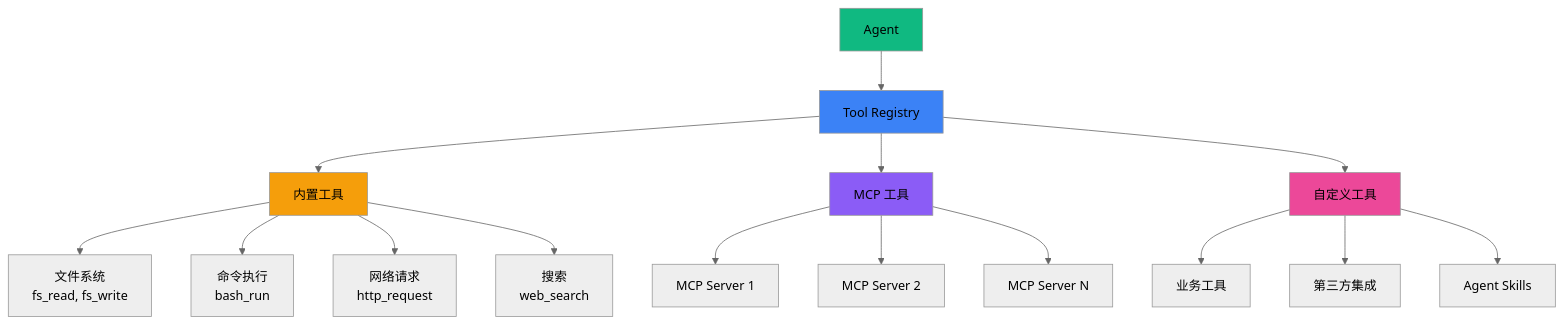
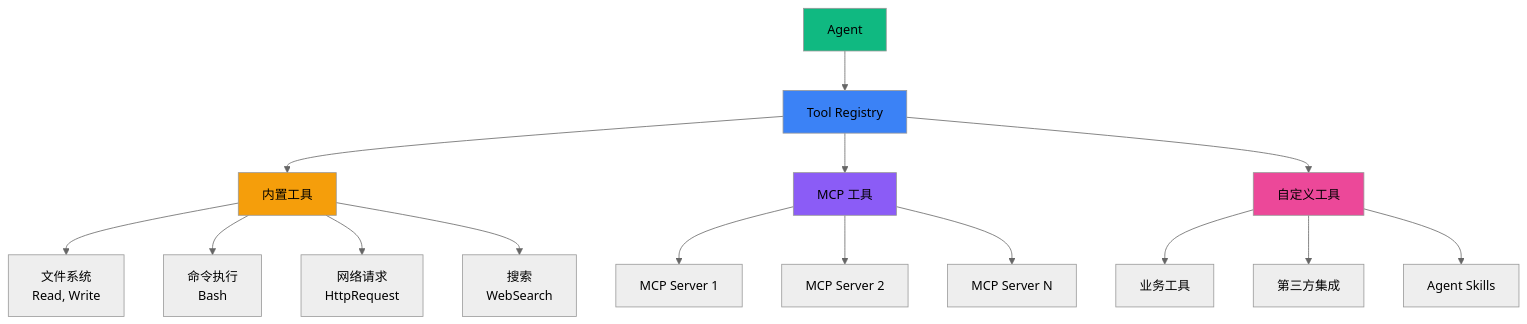
Before and after one commit to wordflowlab/agentsdk: the first of 2 diagrams in docs/content/05.tools/2.builtin/index.md, drawn with Mermaid (neutral theme). The commit also changed other lines of this file and 126 other files, not shown here.

````diff
--- a/docs/content/05.tools/2.builtin/index.md
+++ b/docs/content/05.tools/2.builtin/index.md
@@ -12,27 +12,27 @@
 ```mermaid
 graph TB
     Agent[Agent] --> ToolRegistry[Tool Registry]
 
     ToolRegistry --> Builtin[内置工具]
     ToolRegistry --> MCP[MCP 工具]
     ToolRegistry --> Custom[自定义工具]
 
-    Builtin --> FS[文件系统<br/>fs_read, fs_write]
-    Builtin --> Bash[命令执行<br/>bash_run]
-    Builtin --> HTTP[网络请求<br/>http_request]
-    Builtin --> Search[搜索<br/>web_search]
+    Builtin --> FS[文件系统<br/>Read, Write]
+    Builtin --> Bash[命令执行<br/>Bash]
+    Builtin --> HTTP[网络请求<br/>HttpRequest]
+    Builtin --> Search[搜索<br/>WebSearch]
 
     MCP --> MCPServer1[MCP Server 1]
     MCP --> MCPServer2[MCP Server 2]
     MCP --> MCPServerN[MCP Server N]
 
     Custom --> Business[业务工具]
     Custom --> Integration[第三方集成]
     Custom --> Skills[Agent Skills]
 
     style Agent fill:#10b981
     style ToolRegistry fill:#3b82f6
     style Builtin fill:#f59e0b
     style MCP fill:#8b5cf6
     style Custom fill:#ec4899
 ```
````
